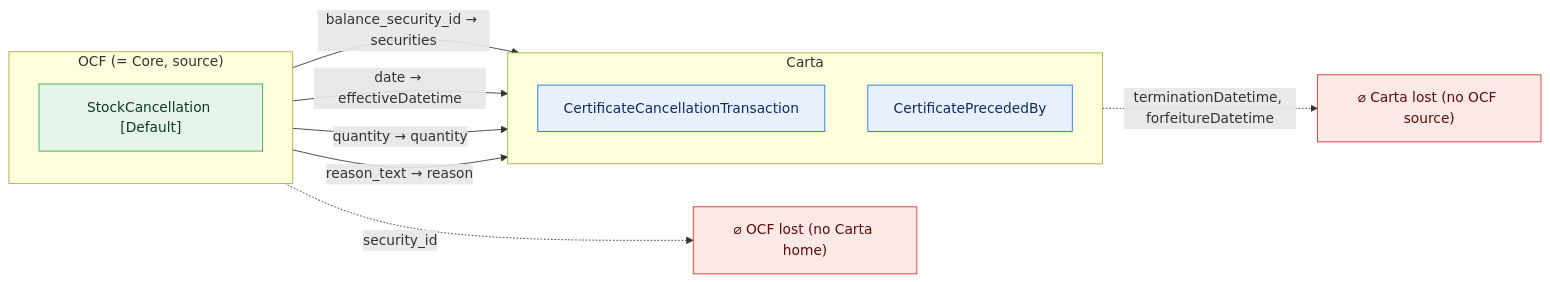
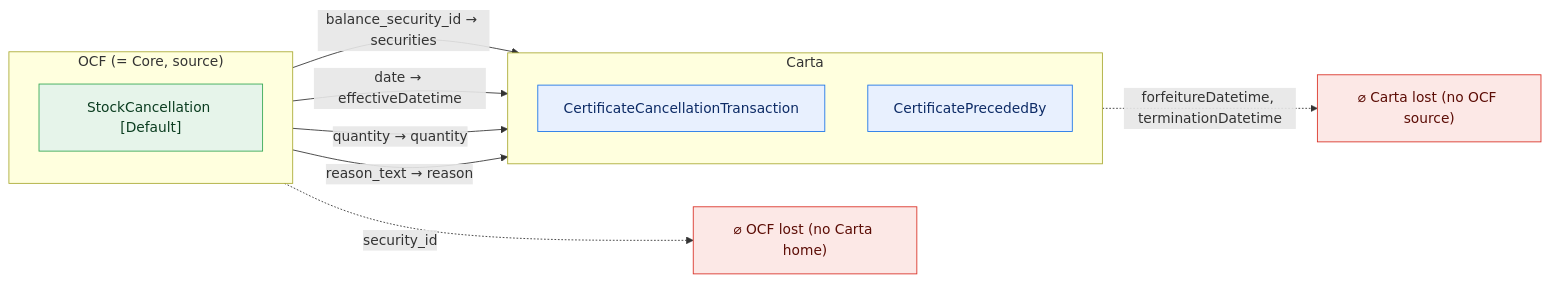
One commit to Open-Cap-Table-Coalition/OCF-Composed-Schemas changed diagram 15 of 47 in docs/core-bidirectional-flow.md. Above: the diagram before and after it, drawn with Mermaid. The commit also changed other lines of this file and 7 other files, not shown here.

````diff
--- a/docs/core-bidirectional-flow.md
+++ b/docs/core-bidirectional-flow.md
@@ -495,24 +518,24 @@
 ```mermaid
 flowchart LR
   classDef adm fill:#e6f4ea,stroke:#34a853,color:#0b3d20;
   classDef notadm fill:#f1f3f4,stroke:#9aa0a6,color:#5f6368,stroke-dasharray:4 3;
   classDef carta fill:#e8f0fe,stroke:#1a73e8,color:#0d2b66;
   classDef lost fill:#fce8e6,stroke:#d93025,color:#5c0d06;
   subgraph SRC["OCF (= Core, source)"]
     direction TB
     o0["StockCancellation [Default]"]:::adm
   end
   subgraph TGT["Carta"]
     direction TB
     t0["CertificateCancellationTransaction"]:::carta
     t1["CertificatePrecededBy"]:::carta
   end
   ocflost["⌀ OCF lost (no Carta home)"]:::lost
   cartalost["⌀ Carta lost (no OCF source)"]:::lost
   o0 -->|"balance_security_id → securities"| t1
   o0 -->|"date → effectiveDatetime"| t0
   o0 -->|"quantity → quantity"| t0
   o0 -->|"reason_text → reason"| t0
   o0 -.->|"security_id"| ocflost
-  t0 -.->|"terminationDatetime, forfeitureDatetime"| cartalost
+  t0 -.->|"forfeitureDatetime, terminationDatetime"| cartalost
 ```
````
